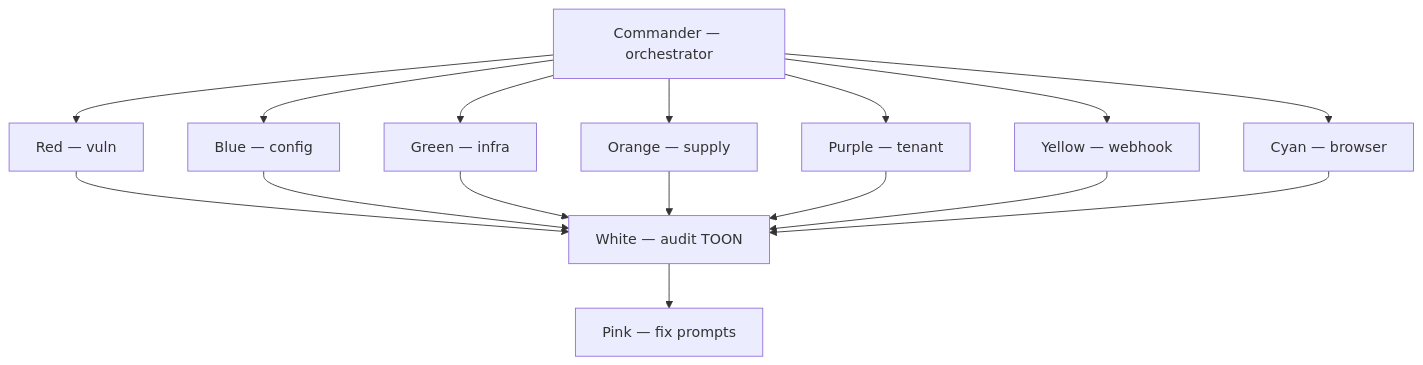
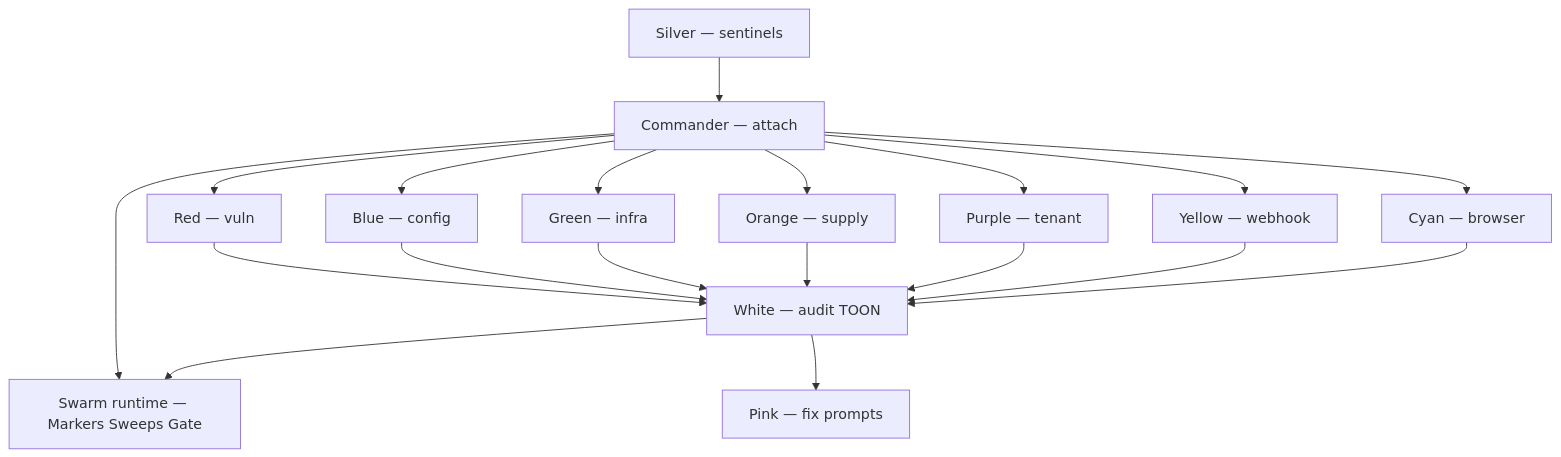
One commit to Among-Check/Among-Check-Core changed the diagram in docs/agent-skills.md. Above: the diagram before and after it, drawn with Mermaid. The commit also changed other lines of this file and 27 other files, not shown here.

First line of the commit message:
Implement swarm runtime orchestration and enhance documentation

````diff
--- a/docs/agent-skills.md
+++ b/docs/agent-skills.md
@@ -11,13 +11,16 @@
 ```mermaid
 flowchart TB
-  CMD[Commander — orchestrator]
+  CMD[Commander — attach]
+  CMD --> RT[Swarm runtime — Markers Sweeps Gate]
   CMD --> Red[Red — vuln]
   CMD --> Blue[Blue — config]
   CMD --> Green[Green — infra]
   CMD --> Orange[Orange — supply]
   CMD --> Purple[Purple — tenant]
   CMD --> Yellow[Yellow — webhook]
   CMD --> Cyan[Cyan — browser]
+  Silver[Silver — sentinels] --> CMD
   Red & Blue & Green & Orange & Purple & Yellow & Cyan --> White[White — audit TOON]
   White --> Pink[Pink — fix prompts]
+  White --> RT
 ```
````
